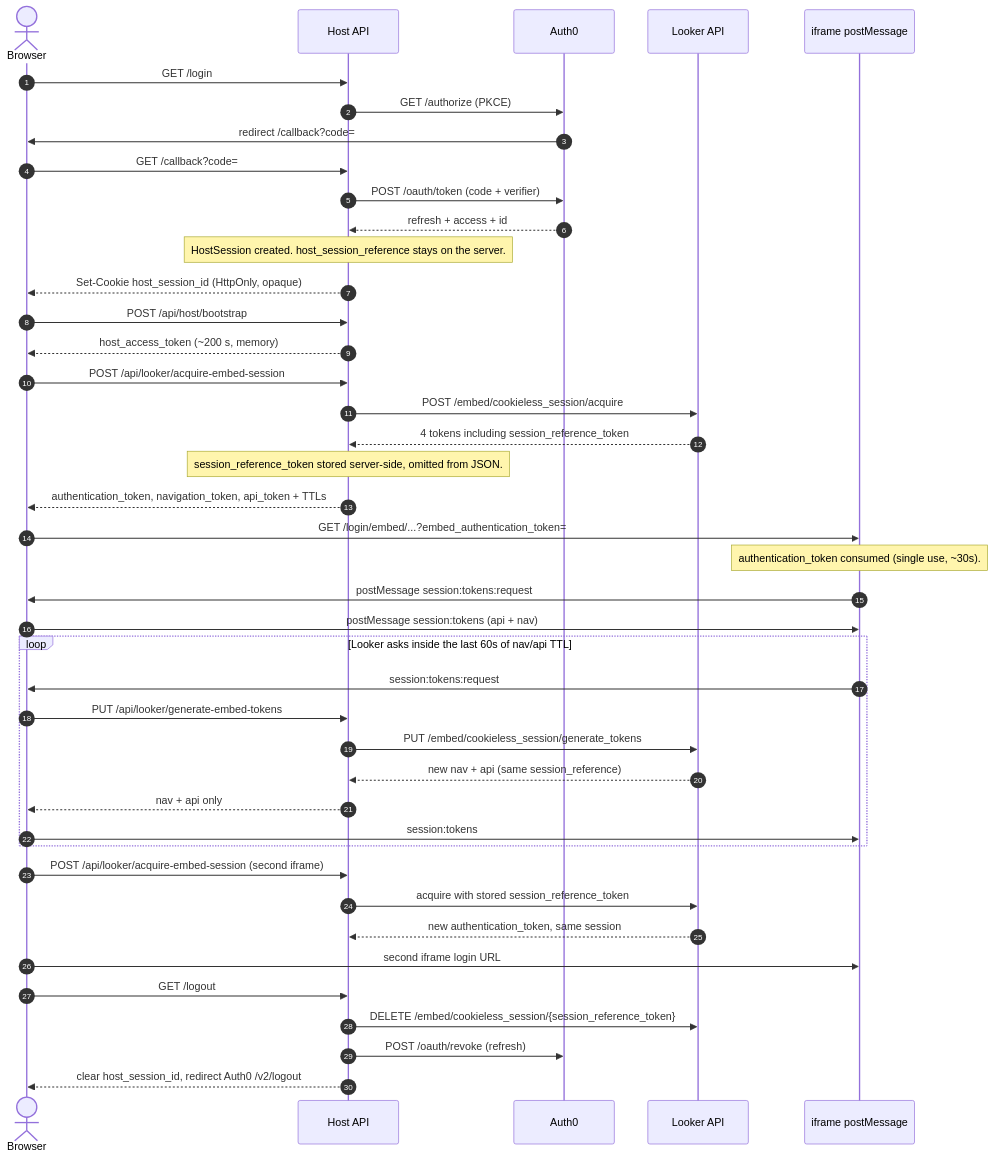
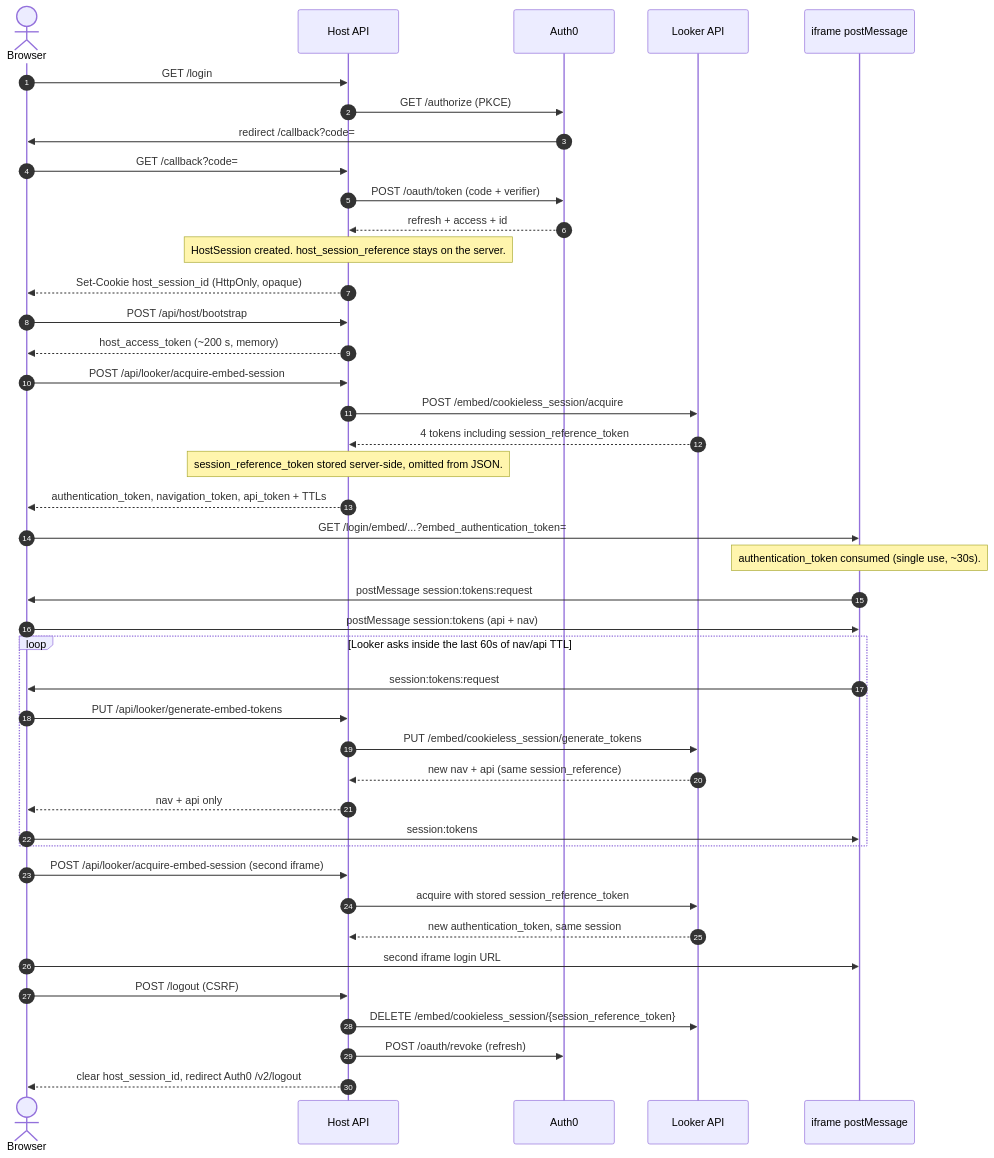
Before and after one commit to acfin-sa/cookieless-session-lab: the diagram in docs/sequence-happy-path.mmd, drawn with Mermaid. The commit also changed 13 other files, not shown here.

Commit message:
Require POST with CSRF for logout so session teardown cannot be forged via GET.

```diff
--- a/docs/sequence-happy-path.mmd
+++ b/docs/sequence-happy-path.mmd
@@ -1,49 +1,49 @@
 %% Happy-path raw postMessage flow. Not the Embed SDK client and not a failure matrix.
 sequenceDiagram
     autonumber
     actor Browser
     participant Host as Host API
     participant Auth0
     participant Looker as Looker API
     participant Iframe as iframe postMessage
 
     Browser->>Host: GET /login
     Host->>Auth0: GET /authorize (PKCE)
     Auth0->>Browser: redirect /callback?code=
     Browser->>Host: GET /callback?code=
     Host->>Auth0: POST /oauth/token (code + verifier)
     Auth0-->>Host: refresh + access + id
     Note over Host: HostSession created. host_session_reference stays on the server.
     Host-->>Browser: Set-Cookie host_session_id (HttpOnly, opaque)
     Browser->>Host: POST /api/host/bootstrap
     Host-->>Browser: host_access_token (~200 s, memory)
 
     Browser->>Host: POST /api/looker/acquire-embed-session
     Host->>Looker: POST /embed/cookieless_session/acquire
     Looker-->>Host: 4 tokens including session_reference_token
     Note over Host: session_reference_token stored server-side, omitted from JSON.
     Host-->>Browser: authentication_token, navigation_token, api_token + TTLs
 
     Browser->>Iframe: GET /login/embed/...?embed_authentication_token=
     Note over Iframe: authentication_token consumed (single use, ~30s).
     Iframe->>Browser: postMessage session:tokens:request
     Browser->>Iframe: postMessage session:tokens (api + nav)
 
     loop Looker asks inside the last 60s of nav/api TTL
         Iframe->>Browser: session:tokens:request
         Browser->>Host: PUT /api/looker/generate-embed-tokens
         Host->>Looker: PUT /embed/cookieless_session/generate_tokens
         Looker-->>Host: new nav + api (same session_reference)
         Host-->>Browser: nav + api only
         Browser->>Iframe: session:tokens
     end
 
     Browser->>Host: POST /api/looker/acquire-embed-session (second iframe)
     Host->>Looker: acquire with stored session_reference_token
     Looker-->>Host: new authentication_token, same session
     Browser->>Iframe: second iframe login URL
 
-    Browser->>Host: GET /logout
+    Browser->>Host: POST /logout (CSRF)
     Host->>Looker: DELETE /embed/cookieless_session/{session_reference_token}
     Host->>Auth0: POST /oauth/revoke (refresh)
     Host-->>Browser: clear host_session_id, redirect Auth0 /v2/logout
```
